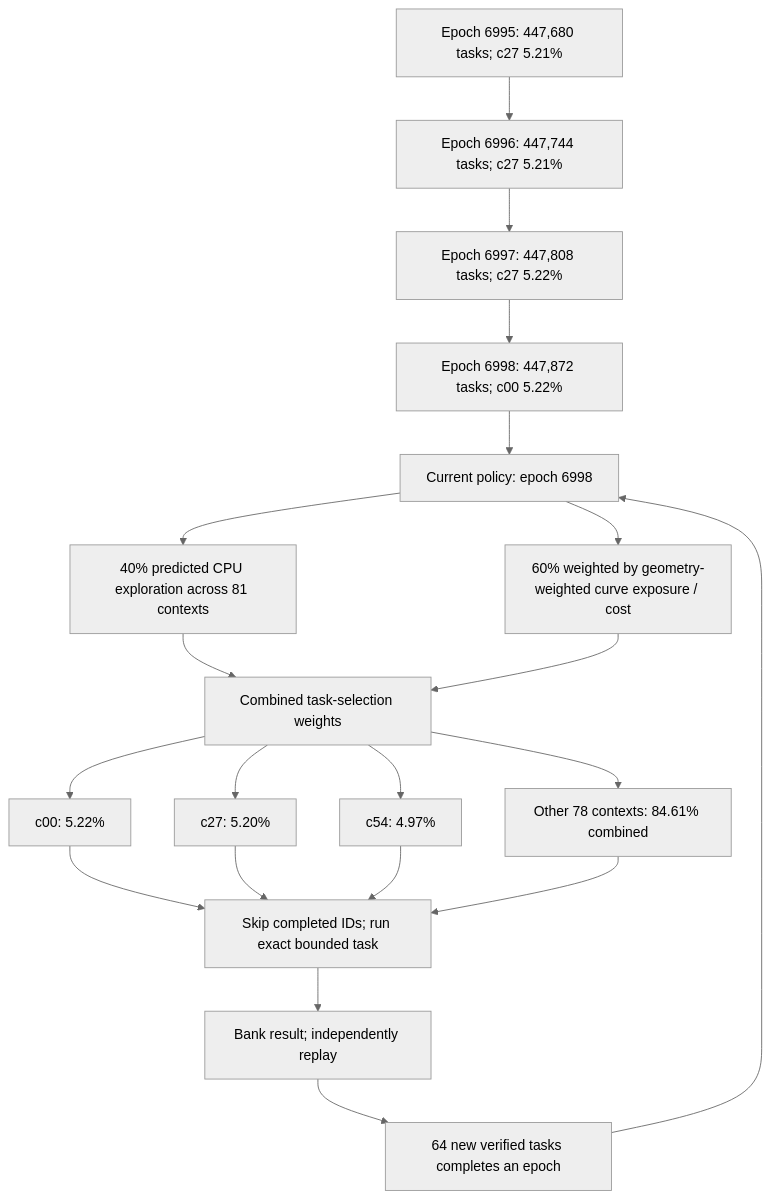
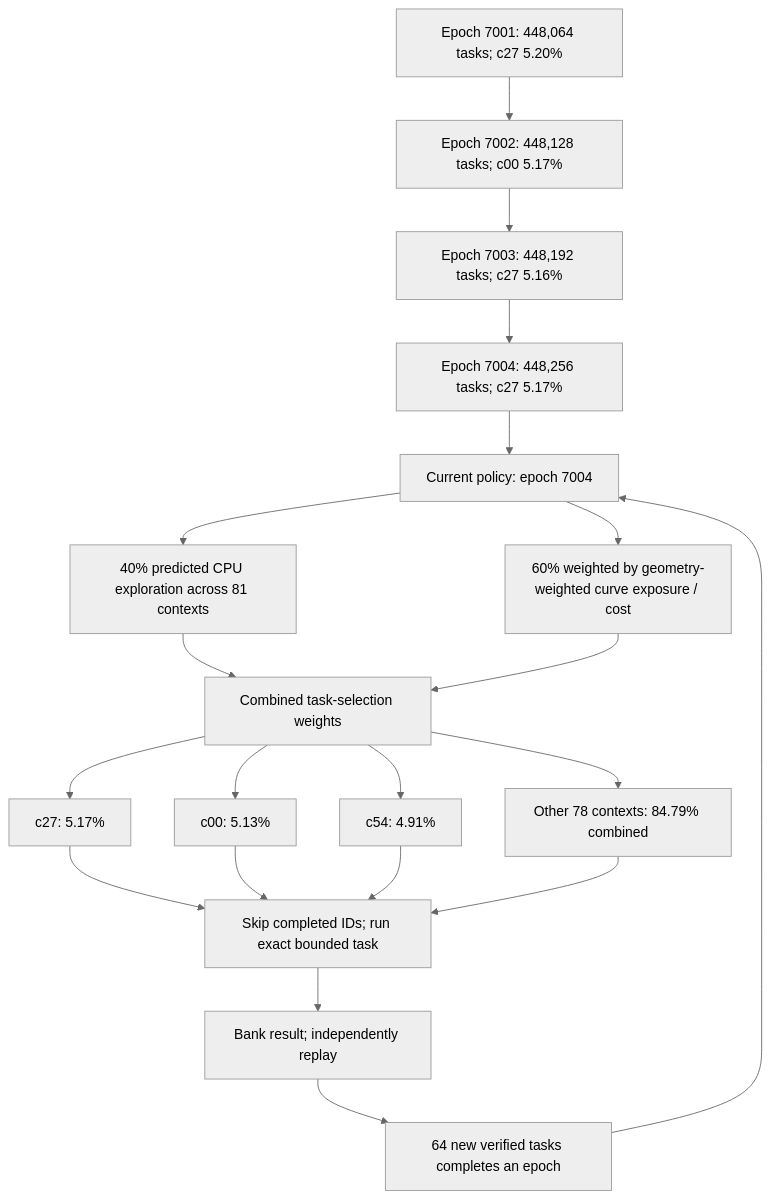
Before and after one commit to Kuberwastaken/math-gambling: the first of 4 diagrams in README.md, drawn with Mermaid (neutral theme). The commit also changed other lines of this file and 957 other files, not shown here.

````diff
--- a/README.md
+++ b/README.md
@@ -60,27 +60,27 @@
 ```mermaid
 flowchart TD
-    H0["Epoch 6995: 447,680 tasks; c27 5.21%"]
-    H1["Epoch 6996: 447,744 tasks; c27 5.21%"]
+    H0["Epoch 7001: 448,064 tasks; c27 5.20%"]
+    H1["Epoch 7002: 448,128 tasks; c00 5.17%"]
     H0 --> H1
-    H2["Epoch 6997: 447,808 tasks; c27 5.22%"]
+    H2["Epoch 7003: 448,192 tasks; c27 5.16%"]
     H1 --> H2
-    H3["Epoch 6998: 447,872 tasks; c00 5.22%"]
+    H3["Epoch 7004: 448,256 tasks; c27 5.17%"]
     H2 --> H3
-    Policy["Current policy: epoch 6998"]
+    Policy["Current policy: epoch 7004"]
     H3 --> Policy
     Policy --> Explore["40% predicted CPU exploration across 81 contexts"]
     Policy --> Cost["60% weighted by geometry-weighted curve exposure / cost"]
     Explore --> Mix["Combined task-selection weights"]
     Cost --> Mix
-    Mix --> C0["c00: 5.22%"]
-    Mix --> C1["c27: 5.20%"]
-    Mix --> C2["c54: 4.97%"]
-    Mix --> Rest["Other 78 contexts: 84.61% combined"]
+    Mix --> C0["c27: 5.17%"]
+    Mix --> C1["c00: 5.13%"]
+    Mix --> C2["c54: 4.91%"]
+    Mix --> Rest["Other 78 contexts: 84.79% combined"]
     C0 --> Check["Skip completed IDs; run exact bounded task"]
     C1 --> Check
     C2 --> Check
     Rest --> Check
     Check --> Replay["Bank result; independently replay"]
     Replay --> Gate["64 new verified tasks completes an epoch"]
     Gate --> Policy
 ```
````
